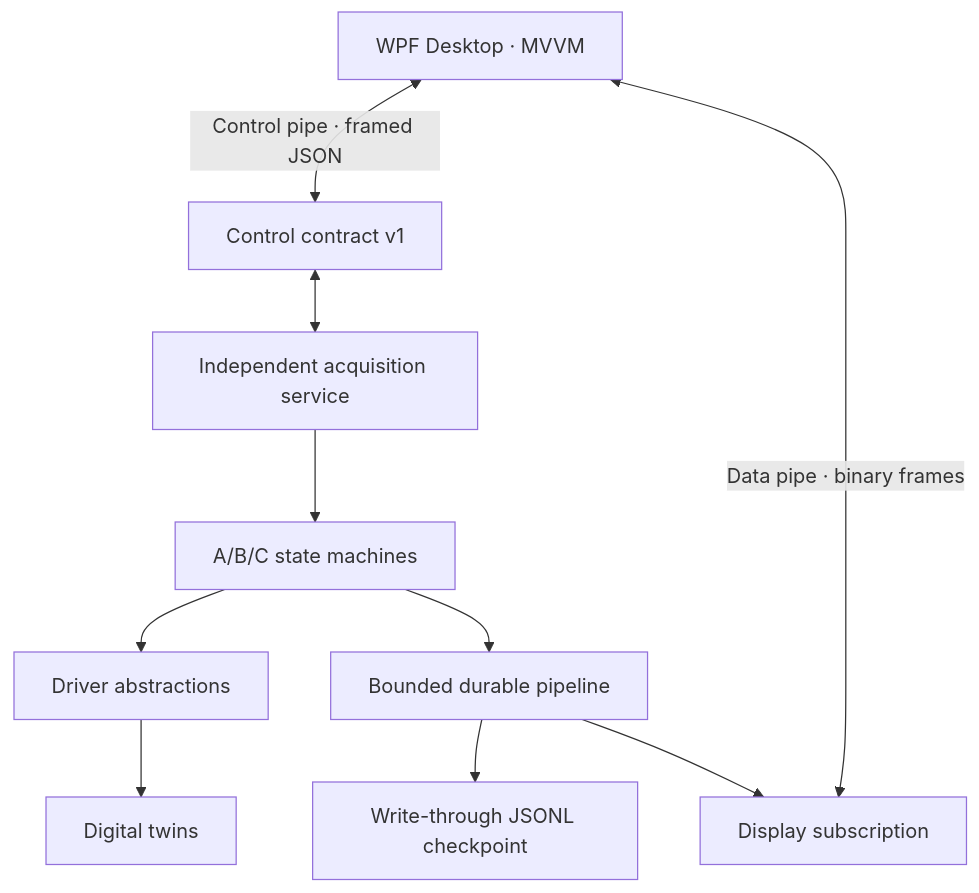
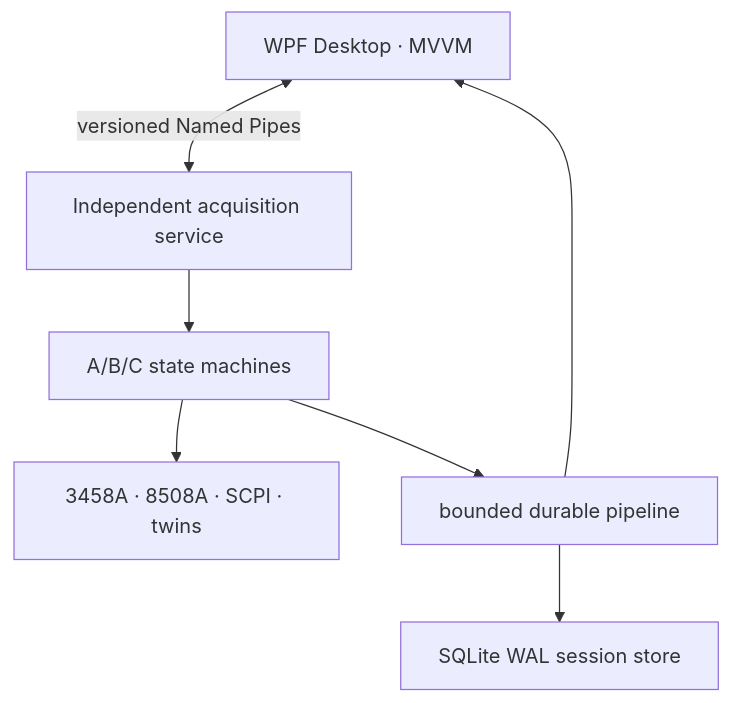
One commit to Tomchen070814/precision-multi-instrument-lab-studio changed the diagram in dotnet/ARCHITECTURE.md. Above: the diagram before and after it, drawn with Mermaid. The commit also changed other lines of this file and 68 other files, not shown here.

````diff
--- a/dotnet/ARCHITECTURE.md
+++ b/dotnet/ARCHITECTURE.md
@@ -3,12 +3,9 @@
 ```mermaid
 flowchart TD
-  WPF["WPF Desktop · MVVM"] <-->|"Control pipe · framed JSON"| Control["Control contract v1"]
-  WPF <-->|"Data pipe · binary frames"| Data["Display subscription"]
-  Control <--> Service["Independent acquisition service"]
+  WPF["WPF Desktop · MVVM"] <-->|"versioned Named Pipes"| Service["Independent acquisition service"]
   Service --> Channels["A/B/C state machines"]
-  Channels --> Drivers["Driver abstractions"]
-  Drivers --> Sim["Digital twins"]
-  Channels --> Durable["Bounded durable pipeline"]
-  Durable --> Jsonl["Write-through JSONL checkpoint"]
-  Durable --> Data
+  Channels --> Drivers["3458A · 8508A · SCPI · twins"]
+  Channels --> Pipeline["bounded durable pipeline"]
+  Pipeline --> Sqlite["SQLite WAL session store"]
+  Pipeline --> WPF
 ```
````
